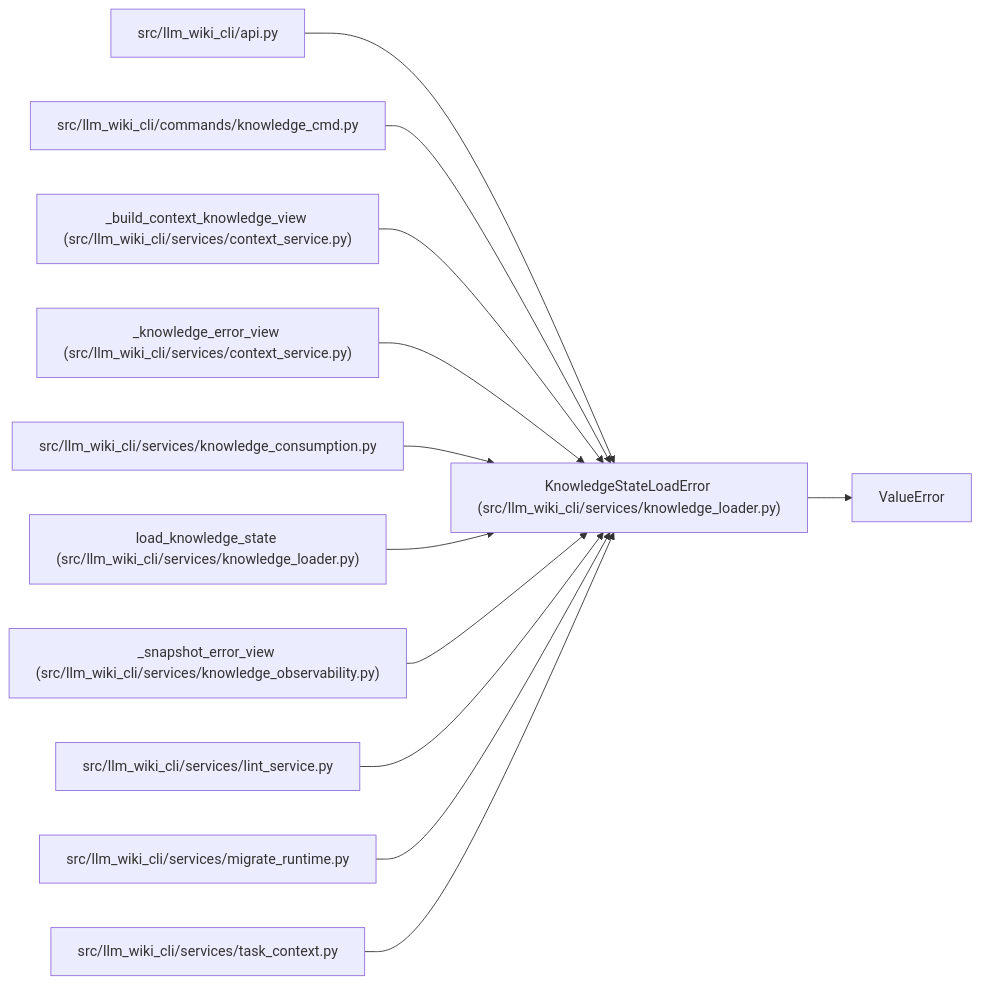
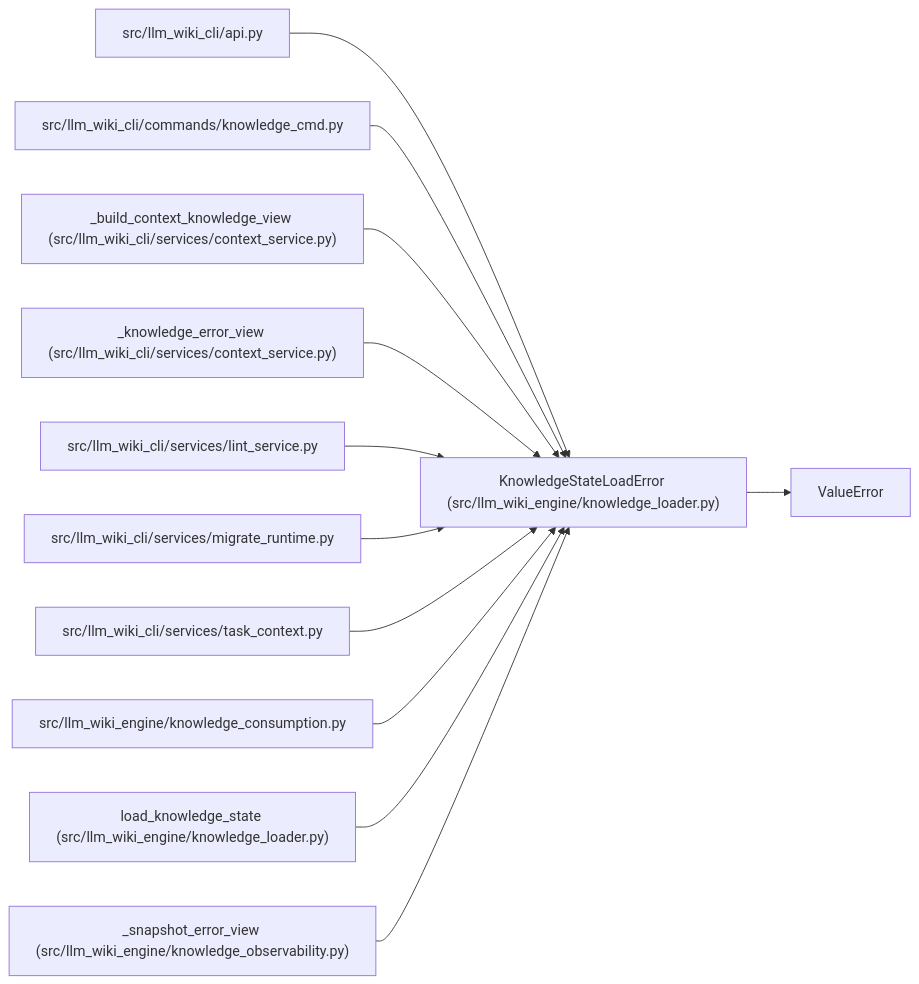
Before and after one commit to Denissvgn/python-wiki-llm: the diagram in docs/llm_wiki/entities/KnowledgeStateLoadError.md, drawn with Mermaid. The commit also changed other lines of this file and 1058 other files, not shown here.

First line of the commit message:
docs: refresh the wiki for the knowledge store move

````diff
--- a/docs/llm_wiki/entities/KnowledgeStateLoadError.md
+++ b/docs/llm_wiki/entities/KnowledgeStateLoadError.md
@@ -25,37 +25,37 @@
 ```mermaid
 flowchart LR
-    n0["KnowledgeStateLoadError (src/llm_wiki_cli/services/knowledge_loader.py)"]
+    n0["KnowledgeStateLoadError (src/llm_wiki_engine/knowledge_loader.py)"]
     n1["ValueError"]
     n2["src/llm_wiki_cli/api.py"]
     n3["src/llm_wiki_cli/commands/knowledge_cmd.py"]
     n4["_build_context_knowledge_view (src/llm_wiki_cli/services/context_service.py)"]
     n5["_knowledge_error_view (src/llm_wiki_cli/services/context_service.py)"]
-    n6["src/llm_wiki_cli/services/knowledge_consumption.py"]
-    n7["load_knowledge_state (src/llm_wiki_cli/services/knowledge_loader.py)"]
-    n8["_snapshot_error_view (src/llm_wiki_cli/services/knowledge_observability.py)"]
-    n9["src/llm_wiki_cli/services/lint_service.py"]
-    n10["src/llm_wiki_cli/services/migrate_runtime.py"]
-    n11["src/llm_wiki_cli/services/task_context.py"]
+    n6["src/llm_wiki_cli/services/lint_service.py"]
+    n7["src/llm_wiki_cli/services/migrate_runtime.py"]
+    n8["src/llm_wiki_cli/services/task_context.py"]
+    n9["src/llm_wiki_engine/knowledge_consumption.py"]
+    n10["load_knowledge_state (src/llm_wiki_engine/knowledge_loader.py)"]
+    n11["_snapshot_error_view (src/llm_wiki_engine/knowledge_observability.py)"]
     n0 --> n1
     n2 --> n0
     n3 --> n0
     n4 --> n0
     n5 --> n0
     n6 --> n0
     n7 --> n0
     n8 --> n0
     n9 --> n0
     n10 --> n0
     n11 --> n0
     click n0 "../modules/knowledge_loader.md"
     click n2 "../modules/api.md"
     click n3 "../modules/knowledge_cmd.md"
     click n4 "../modules/context_service.md"
     click n5 "../modules/context_service.md"
-    click n6 "../modules/knowledge_consumption.md"
-    click n7 "../modules/knowledge_loader.md"
-    click n8 "../modules/knowledge_observability.md"
-    click n9 "../modules/lint_service.md"
-    click n10 "../modules/migrate_runtime.md"
-    click n11 "../modules/task_context.md"
+    click n6 "../modules/lint_service.md"
+    click n7 "../modules/migrate_runtime.md"
+    click n8 "../modules/task_context.md"
+    click n9 "../modules/knowledge_consumption.md"
+    click n10 "../modules/knowledge_loader.md"
+    click n11 "../modules/knowledge_observability.md"
 ```
````
